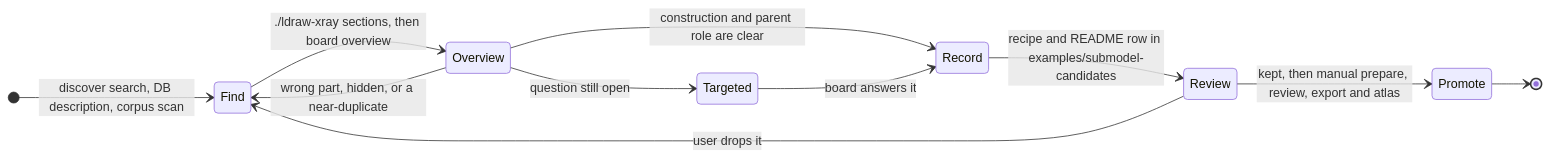
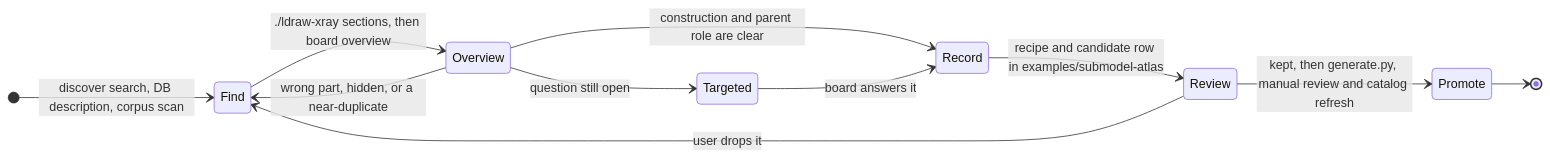
Before and after one commit to anteloc/ldraw-nova: the first of 3 diagrams in docs/agent/submodel-inspection.md, drawn with Mermaid. The commit also changed other lines of this file and 1225 other files, not shown here.

````diff
--- a/docs/agent/submodel-inspection.md
+++ b/docs/agent/submodel-inspection.md
@@ -27,14 +27,14 @@
 ```mermaid
 stateDiagram-v2
   direction LR
   [*] --> Find: discover search, DB description, corpus scan
   Find --> Overview: ./ldraw-xray sections, then board overview
   Overview --> Find: wrong part, hidden, or a near-duplicate
   Overview --> Targeted: question still open
   Overview --> Record: construction and parent role are clear
   Targeted --> Record: board answers it
-  Record --> Review: recipe and README row in examples/submodel-candidates
+  Record --> Review: recipe and candidate row in examples/submodel-atlas
   Review --> Find: user drops it
-  Review --> Promote: kept, then manual prepare, review, export and atlas
+  Review --> Promote: kept, then generate.py, manual review and catalog refresh
   Promote --> [*]
 ```
````
